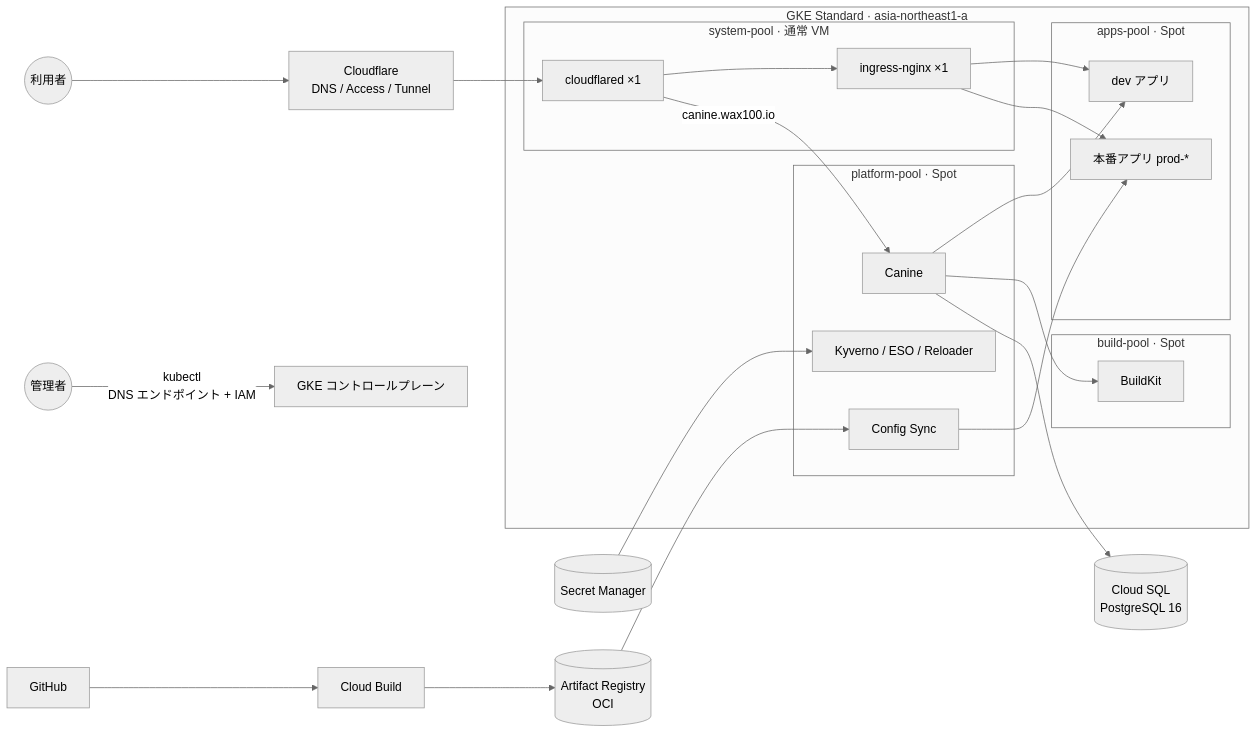
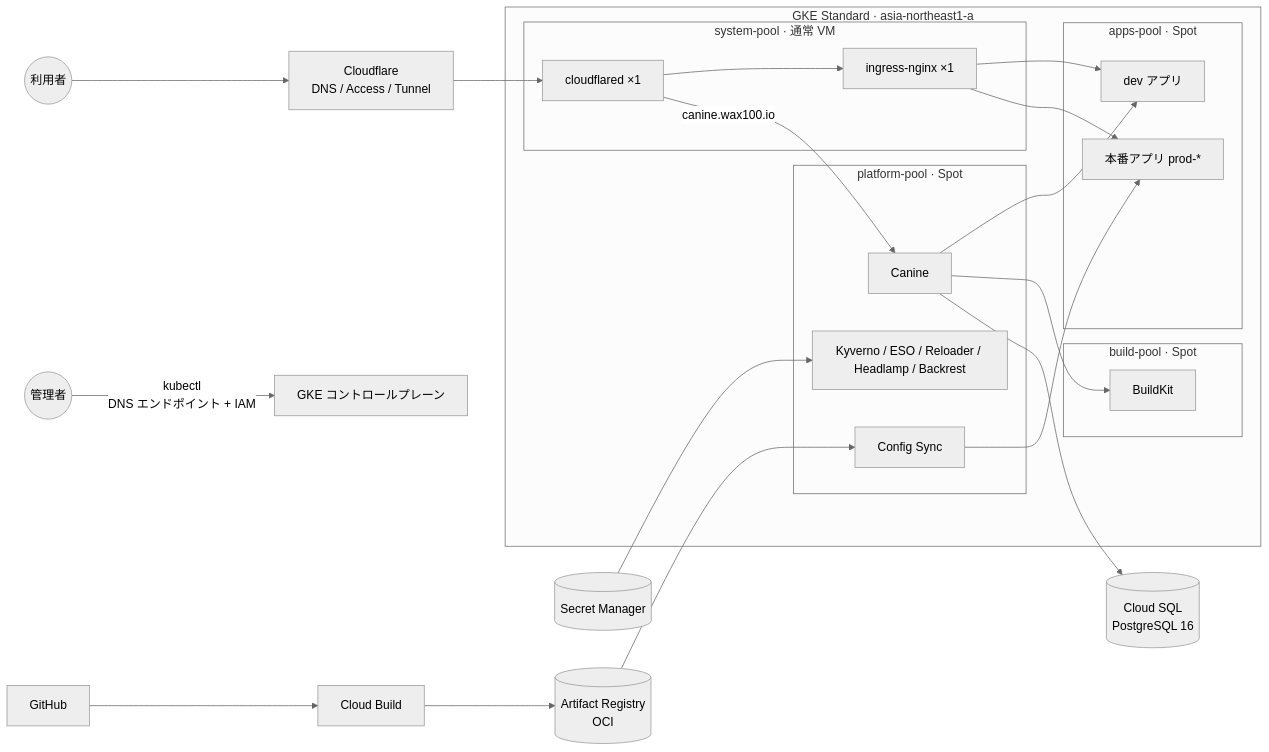
Before and after one commit to waxsd100/k8s-platform: the diagram in README.md, drawn with Mermaid (neutral theme). The commit also changed other lines of this file and 105 other files, not shown here.

````diff
--- a/README.md
+++ b/README.md
@@ -28,33 +28,33 @@
 ```mermaid
 flowchart LR
   user((利用者)) --> cf[Cloudflare<br/>DNS / Access / Tunnel]
   admin((管理者)) -->|kubectl<br/>DNS エンドポイント + IAM| cp[GKE コントロールプレーン]
 
   subgraph gke[GKE Standard · asia-northeast1-a]
     subgraph sys[system-pool · 通常 VM]
       cfd[cloudflared ×1] --> nginx[ingress-nginx ×1]
     end
     subgraph plat[platform-pool · Spot]
       canine[Canine]
       cs[Config Sync]
-      kyv[Kyverno / ESO / Reloader]
+      kyv[Kyverno / ESO / Reloader / Headlamp / Backrest]
     end
     subgraph apps[apps-pool · Spot]
       dev[dev アプリ]
       prod[本番アプリ prod-*]
     end
     subgraph build[build-pool · Spot]
       bk[BuildKit]
     end
   end
 
   cf --> cfd
   nginx --> dev & prod
   cfd -->|canine.wax100.io| canine
   canine --> dev
   canine --> bk
 
   gh[GitHub] --> cb[Cloud Build] --> ar[(Artifact Registry<br/>OCI)] --> cs --> prod
   sm[(Secret Manager)] --> kyv
   canine --> sql[(Cloud SQL<br/>PostgreSQL 16)]
 ```
````
